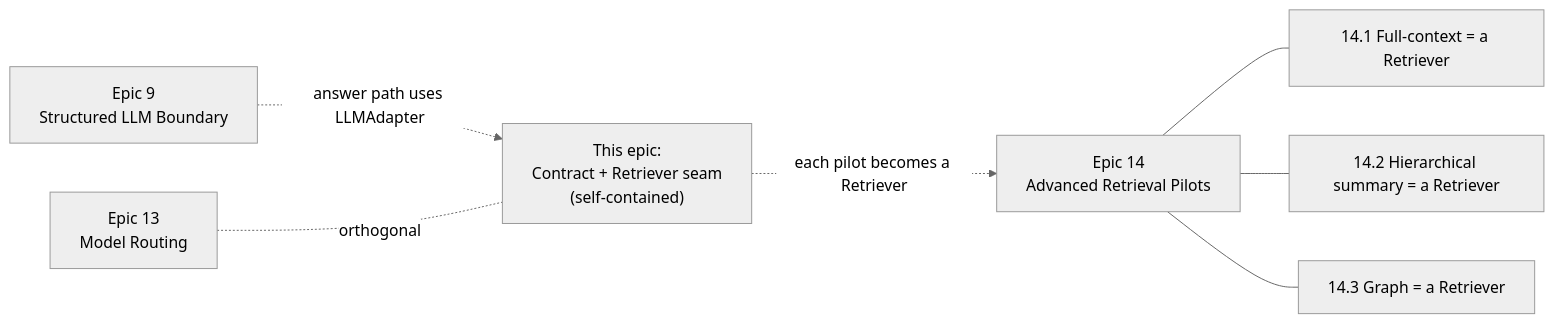
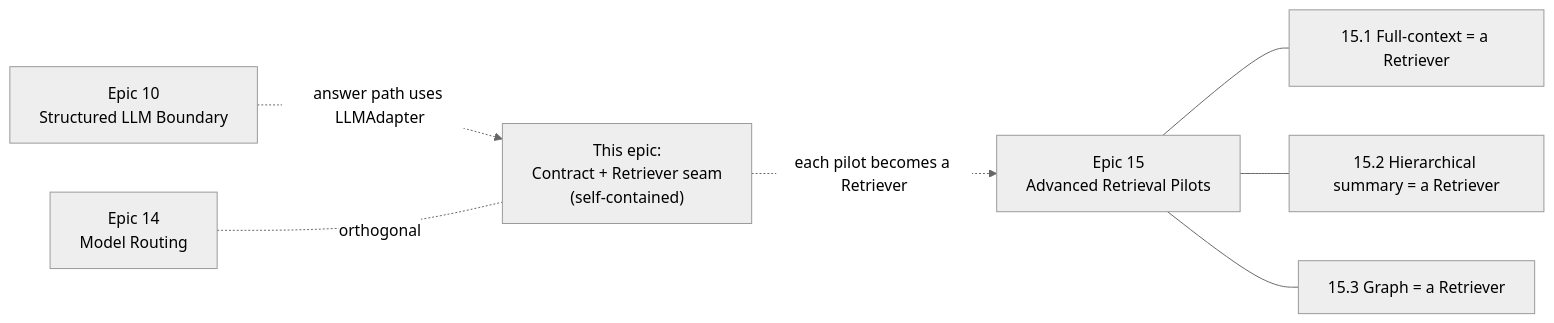
The fifth of 5 diagrams in _bmad-output/planning-artifacts/retrieval-contract-and-pluggable-retriever-design-2026-06-10.md (iainhgl/chief-of-staff), drawn with Mermaid (neutral theme) before and after one commit. The commit also changed other lines of this file and 8 other files, not shown here.

Commit message:
Insert LLM wiki epic into roadmap

````diff
--- a/_bmad-output/planning-artifacts/retrieval-contract-and-pluggable-retriever-design-2026-06-10.md
+++ b/_bmad-output/planning-artifacts/retrieval-contract-and-pluggable-retriever-design-2026-06-10.md
@@ -471,10 +471,10 @@
 ```mermaid
 flowchart LR
     F["This epic:<br/>Contract + Retriever seam<br/>(self-contained)"]
-    E9["Epic 9<br/>Structured LLM Boundary"] -. answer path uses LLMAdapter .-> F
-    F -. each pilot becomes a Retriever .-> E14["Epic 14<br/>Advanced Retrieval Pilots"]
-    E13["Epic 13<br/>Model Routing"] -. orthogonal .- F
-    E14 --- P1["14.1 Full-context = a Retriever"]
-    E14 --- P2["14.2 Hierarchical summary = a Retriever"]
-    E14 --- P3["14.3 Graph = a Retriever"]
+    E10["Epic 10<br/>Structured LLM Boundary"] -. answer path uses LLMAdapter .-> F
+    F -. each pilot becomes a Retriever .-> E15["Epic 15<br/>Advanced Retrieval Pilots"]
+    E14["Epic 14<br/>Model Routing"] -. orthogonal .- F
+    E15 --- P1["15.1 Full-context = a Retriever"]
+    E15 --- P2["15.2 Hierarchical summary = a Retriever"]
+    E15 --- P3["15.3 Graph = a Retriever"]
 ```
````
